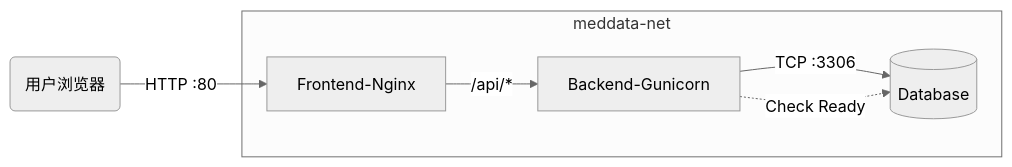
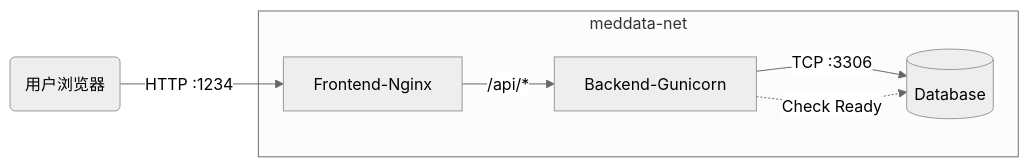
The diagram in docs/DOCKER_CONFIG.md (heavey0027/meddata-hub), drawn with Mermaid (neutral theme) before and after one commit. The commit also changed other lines of this file, not shown here.

Commit message:
修改端口映射

````diff
--- a/docs/DOCKER_CONFIG.md
+++ b/docs/DOCKER_CONFIG.md
@@ -19,11 +19,11 @@
 ```mermaid
 graph LR
-    User(用户浏览器) -- HTTP :80 --> Nginx[Frontend-Nginx]
+    User(用户浏览器) -- HTTP :1234 --> Nginx[Frontend-Nginx]
     
     subgraph Docker_Network [meddata-net]
         Nginx -- /api/* --> Backend[Backend-Gunicorn]
         Backend -- TCP :3306 --> MySQL[(Database)]
     end
     
     Backend -.->|Check Ready| MySQL
 ```
````
